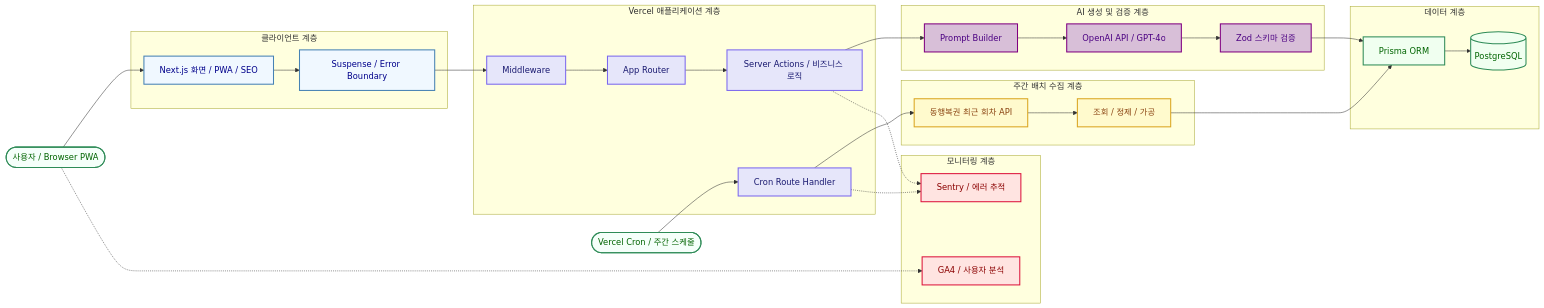
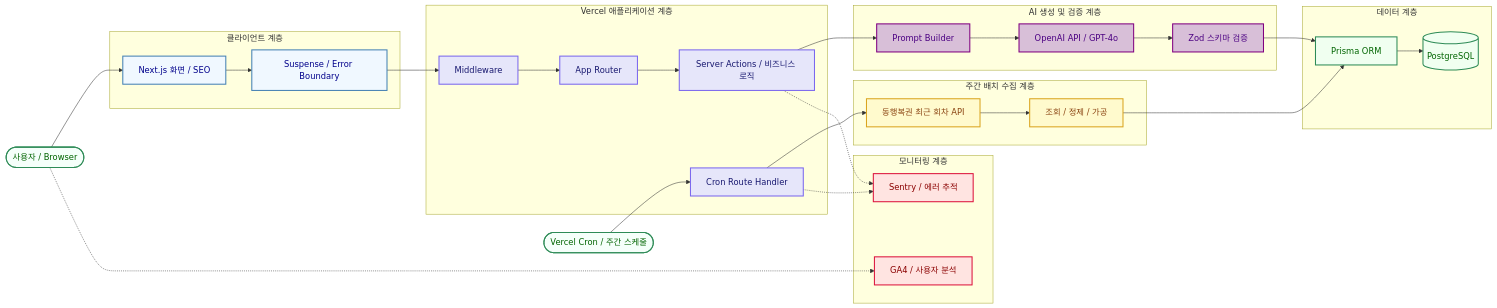
Before and after one commit to DevMinsuKim/clover-pick: the diagram in README.md, drawn with Mermaid. The commit also changed other lines of this file and 121 other files, not shown here.

````diff
--- a/README.md
+++ b/README.md
@@ -65,3 +65,3 @@
 ```mermaid
-flowchart LR; User(["사용자 / Browser PWA"]); Cron(["Vercel Cron / 주간 스케줄"]); subgraph Client["클라이언트 계층"]; UI["Next.js 화면 / PWA / SEO"]; Boundary["Suspense / Error Boundary"]; end; subgraph App["Vercel 애플리케이션 계층"]; Middleware["Middleware"]; Router["App Router"]; Action["Server Actions / 비즈니스 로직"]; CronHandler["Cron Route Handler"]; end; subgraph AI["AI 생성 및 검증 계층"]; Prompt["Prompt Builder"]; OpenAI["OpenAI API / GPT-4o"]; Validator["Zod 스키마 검증"]; end; subgraph Batch["주간 배치 수집 계층"]; LottoExcel["동행복권 최근 회차 API"]; Processor["조회 / 정제 / 가공"]; end; subgraph Data["데이터 계층"]; Prisma["Prisma ORM"]; PostgreSQL[("PostgreSQL")]; end; subgraph Ops["모니터링 계층"]; Sentry["Sentry / 에러 추적"]; GA4["GA4 / 사용자 분석"]; end; User --> UI; UI --> Boundary; Boundary --> Middleware; Middleware --> Router; Router --> Action; Action --> Prompt; Prompt --> OpenAI; OpenAI --> Validator; Validator --> Prisma; Cron --> CronHandler; CronHandler --> LottoExcel; LottoExcel --> Processor; Processor --> Prisma; Prisma --> PostgreSQL; Action -.-> Sentry; CronHandler -.-> Sentry; User -.-> GA4; classDef entry fill:mintcream,stroke:seagreen,stroke-width:2px,color:darkgreen; classDef client fill:aliceblue,stroke:steelblue,stroke-width:2px,color:darkblue; classDef app fill:lavender,stroke:mediumslateblue,stroke-width:2px,color:midnightblue; classDef ai fill:thistle,stroke:purple,stroke-width:2px,color:indigo; classDef batch fill:lemonchiffon,stroke:goldenrod,stroke-width:2px,color:saddlebrown; classDef data fill:honeydew,stroke:seagreen,stroke-width:2px,color:darkgreen; classDef ops fill:mistyrose,stroke:crimson,stroke-width:2px,color:darkred; class User,Cron entry; class UI,Boundary client; class Middleware,Router,Action,CronHandler app; class Prompt,OpenAI,Validator ai; class LottoExcel,Processor batch; class Prisma,PostgreSQL data; class Sentry,GA4 ops;
+flowchart LR; User(["사용자 / Browser"]); Cron(["Vercel Cron / 주간 스케줄"]); subgraph Client["클라이언트 계층"]; UI["Next.js 화면 / SEO"]; Boundary["Suspense / Error Boundary"]; end; subgraph App["Vercel 애플리케이션 계층"]; Middleware["Middleware"]; Router["App Router"]; Action["Server Actions / 비즈니스 로직"]; CronHandler["Cron Route Handler"]; end; subgraph AI["AI 생성 및 검증 계층"]; Prompt["Prompt Builder"]; OpenAI["OpenAI API / GPT-4o"]; Validator["Zod 스키마 검증"]; end; subgraph Batch["주간 배치 수집 계층"]; LottoExcel["동행복권 최근 회차 API"]; Processor["조회 / 정제 / 가공"]; end; subgraph Data["데이터 계층"]; Prisma["Prisma ORM"]; PostgreSQL[("PostgreSQL")]; end; subgraph Ops["모니터링 계층"]; Sentry["Sentry / 에러 추적"]; GA4["GA4 / 사용자 분석"]; end; User --> UI; UI --> Boundary; Boundary --> Middleware; Middleware --> Router; Router --> Action; Action --> Prompt; Prompt --> OpenAI; OpenAI --> Validator; Validator --> Prisma; Cron --> CronHandler; CronHandler --> LottoExcel; LottoExcel --> Processor; Processor --> Prisma; Prisma --> PostgreSQL; Action -.-> Sentry; CronHandler -.-> Sentry; User -.-> GA4; classDef entry fill:mintcream,stroke:seagreen,stroke-width:2px,color:darkgreen; classDef client fill:aliceblue,stroke:steelblue,stroke-width:2px,color:darkblue; classDef app fill:lavender,stroke:mediumslateblue,stroke-width:2px,color:midnightblue; classDef ai fill:thistle,stroke:purple,stroke-width:2px,color:indigo; classDef batch fill:lemonchiffon,stroke:goldenrod,stroke-width:2px,color:saddlebrown; classDef data fill:honeydew,stroke:seagreen,stroke-width:2px,color:darkgreen; classDef ops fill:mistyrose,stroke:crimson,stroke-width:2px,color:darkred; class User,Cron entry; class UI,Boundary client; class Middleware,Router,Action,CronHandler app; class Prompt,OpenAI,Validator ai; class LottoExcel,Processor batch; class Prisma,PostgreSQL data; class Sentry,GA4 ops;
 ```
````
